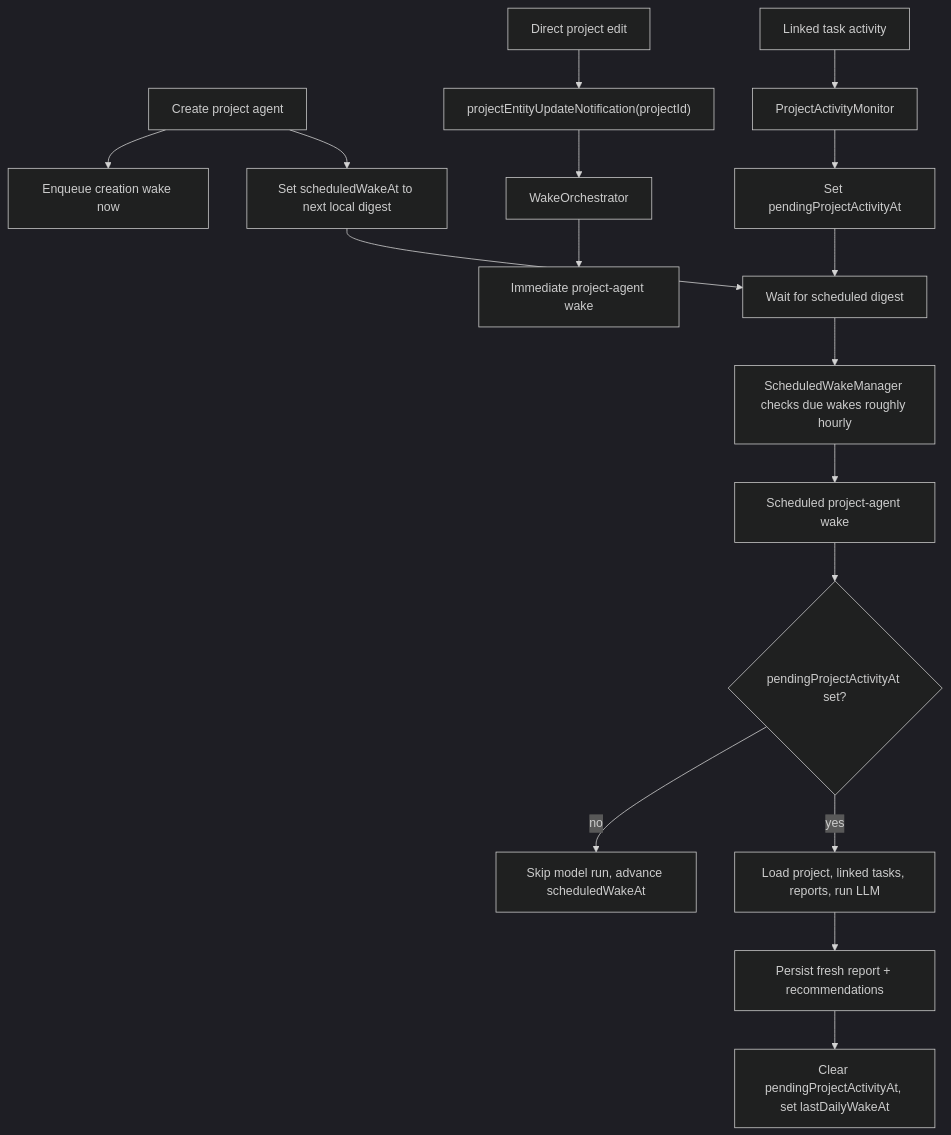
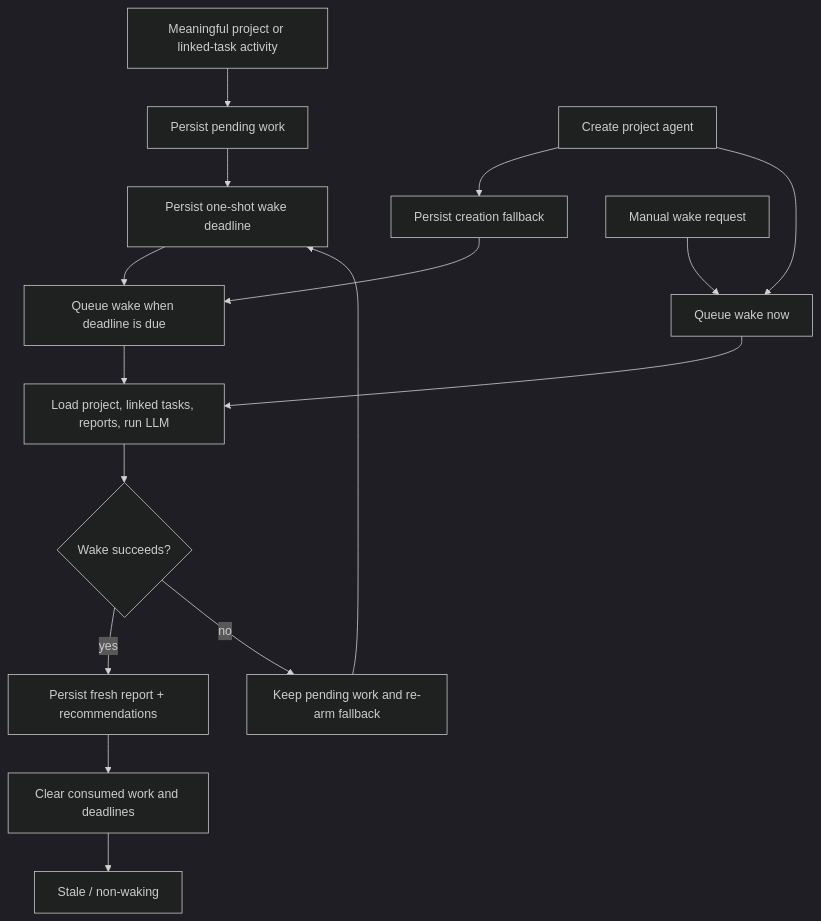
Before and after one commit to matthiasn/lotti: the fifth of 5 diagrams in knowledge/features/projects.md, drawn with Mermaid (dark theme). The commit also changed other lines of this file and 45 other files, not shown here.

Commit message:
fix: preserve pending project-agent wakes (#3923)

````diff
--- a/knowledge/features/projects.md
+++ b/knowledge/features/projects.md
@@ -187,23 +189,20 @@
 ```mermaid
 flowchart TD
-  Create["Create project agent"] --> CreationWake["Enqueue creation wake now"]
-  Create --> NextDigest["Set scheduledWakeAt to next local digest"]
+  Activity["Meaningful project or linked-task activity"] --> Pending["Persist pending work"]
+  Pending --> Deferred["Persist one-shot wake deadline"]
 
-  DirectEdit["Direct project edit"] --> DirectSub["projectEntityUpdateNotification(projectId)"]
-  DirectSub --> Orchestrator["WakeOrchestrator"]
-  Orchestrator --> ImmediateWake["Immediate project-agent wake"]
+  Creation["Create project agent"] --> CreationFallback["Persist creation fallback"]
+  Creation --> Queue["Queue wake now"]
+  Manual["Manual wake request"] --> Queue
 
-  TaskActivity["Linked task activity"] --> Monitor["ProjectActivityMonitor"]
-  Monitor --> Mark["Set pendingProjectActivityAt"]
-  Mark --> Due["Wait for scheduled digest"]
-
-  NextDigest --> Due
-  Due --> Scheduler["ScheduledWakeManager checks due wakes roughly hourly"]
-  Scheduler --> ScheduledWake["Scheduled project-agent wake"]
-
-  ScheduledWake --> Stale{"pendingProjectActivityAt set?"}
-  Stale -->|no| Skip["Skip model run, advance scheduledWakeAt"]
-  Stale -->|yes| FullRun["Load project, linked tasks, reports, run LLM"]
-  FullRun --> Persist["Persist fresh report + recommendations"]
-  Persist --> Clear["Clear pendingProjectActivityAt, set lastDailyWakeAt"]
+  Deferred --> DueQueue["Queue wake when deadline is due"]
+  CreationFallback --> DueQueue
+  DueQueue --> FullRun["Load project, linked tasks, reports, run LLM"]
+  Queue --> FullRun
+  FullRun --> Outcome{"Wake succeeds?"}
+  Outcome -->|yes| Persist["Persist fresh report + recommendations"]
+  Outcome -->|no| Retry["Keep pending work and re-arm fallback"]
+  Retry --> Deferred
+  Persist --> Clear["Clear consumed work and deadlines"]
+  Clear --> Stale["Stale / non-waking"]
 ```
````
